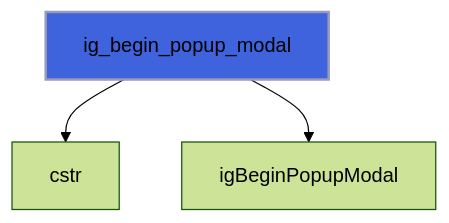
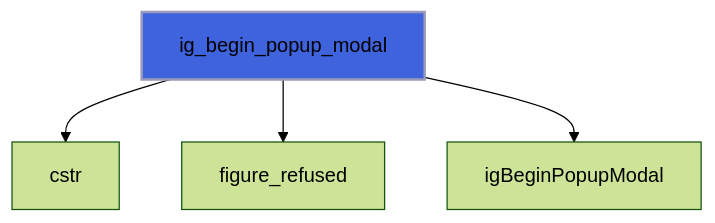
Before and after one commit to szaghi/figure: diagram 14 of 14 in docs/api/src/lib/figure_menu.md, drawn with Mermaid (forest theme). The commit also changed other lines of this file and 13 other files, not shown here.

````diff
--- a/docs/api/src/lib/figure_menu.md
+++ b/docs/api/src/lib/figure_menu.md
@@ -325,6 +328,7 @@
 ```mermaid
 flowchart TD
   ig_begin_popup_modal["ig_begin_popup_modal"] --> cstr["cstr"]
+  ig_begin_popup_modal["ig_begin_popup_modal"] --> figure_refused["figure_refused"]
   ig_begin_popup_modal["ig_begin_popup_modal"] --> igBeginPopupModal["igBeginPopupModal"]
   style ig_begin_popup_modal fill:#3e63dd,stroke:#99b,stroke-width:2px
 ```
````
